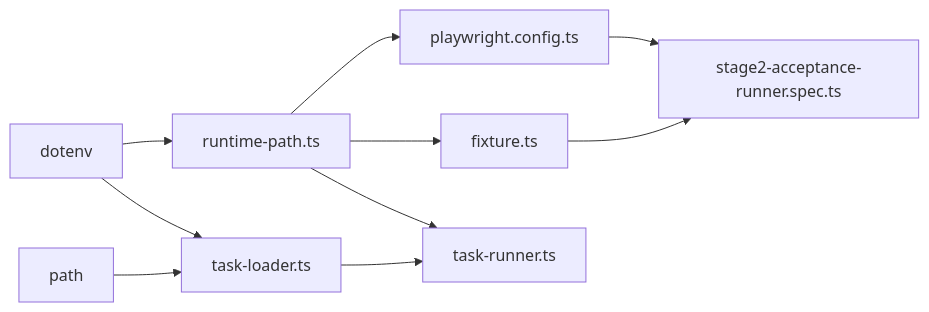
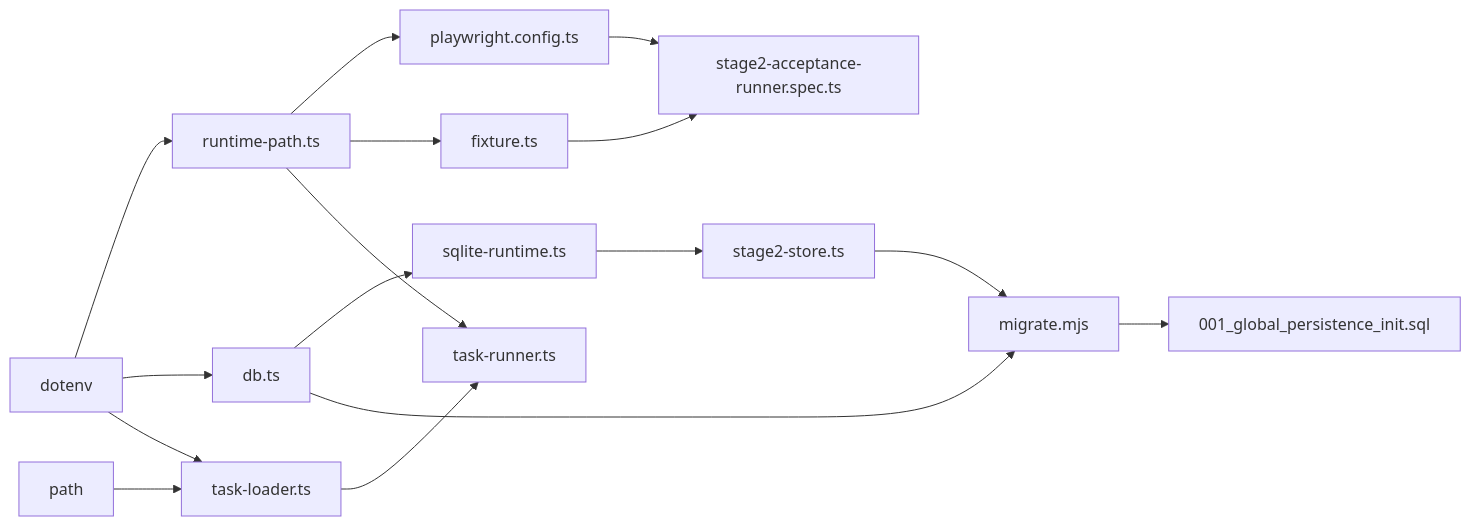
The eighth of 8 diagrams in .qoder/repowiki/zh/content/配置管理.md (Jiane-EJ/playwright-mind), drawn with Mermaid before and after one commit. The commit also changed other lines of this file and 7 other files, not shown here.

````diff
--- a/.qoder/repowiki/zh/content/配置管理.md
+++ b/.qoder/repowiki/zh/content/配置管理.md
@@ -350,12 +499,18 @@
 ```mermaid
 graph LR
 DOTENV["dotenv"] --> RPT["runtime-path.ts"]
+DOTENV --> DBCFG["db.ts"]
 RPT --> PWC["playwright.config.ts"]
 RPT --> FIX["fixture.ts"]
 RPT --> TR["task-runner.ts"]
+DBCFG --> SQLRUN["sqlite-runtime.ts"]
+DBCFG --> MIGRATE["migrate.mjs"]
+SQLRUN --> STAGE2STORE["stage2-store.ts"]
 PATH["path"] --> TL["task-loader.ts"]
 DOTENV --> TL
 PWC --> SPEC["stage2-acceptance-runner.spec.ts"]
 FIX --> SPEC
 TL --> TR
+STAGE2STORE --> MIGRATE
+MIGRATE --> MIGRATION["001_global_persistence_init.sql"]
 ```
````
